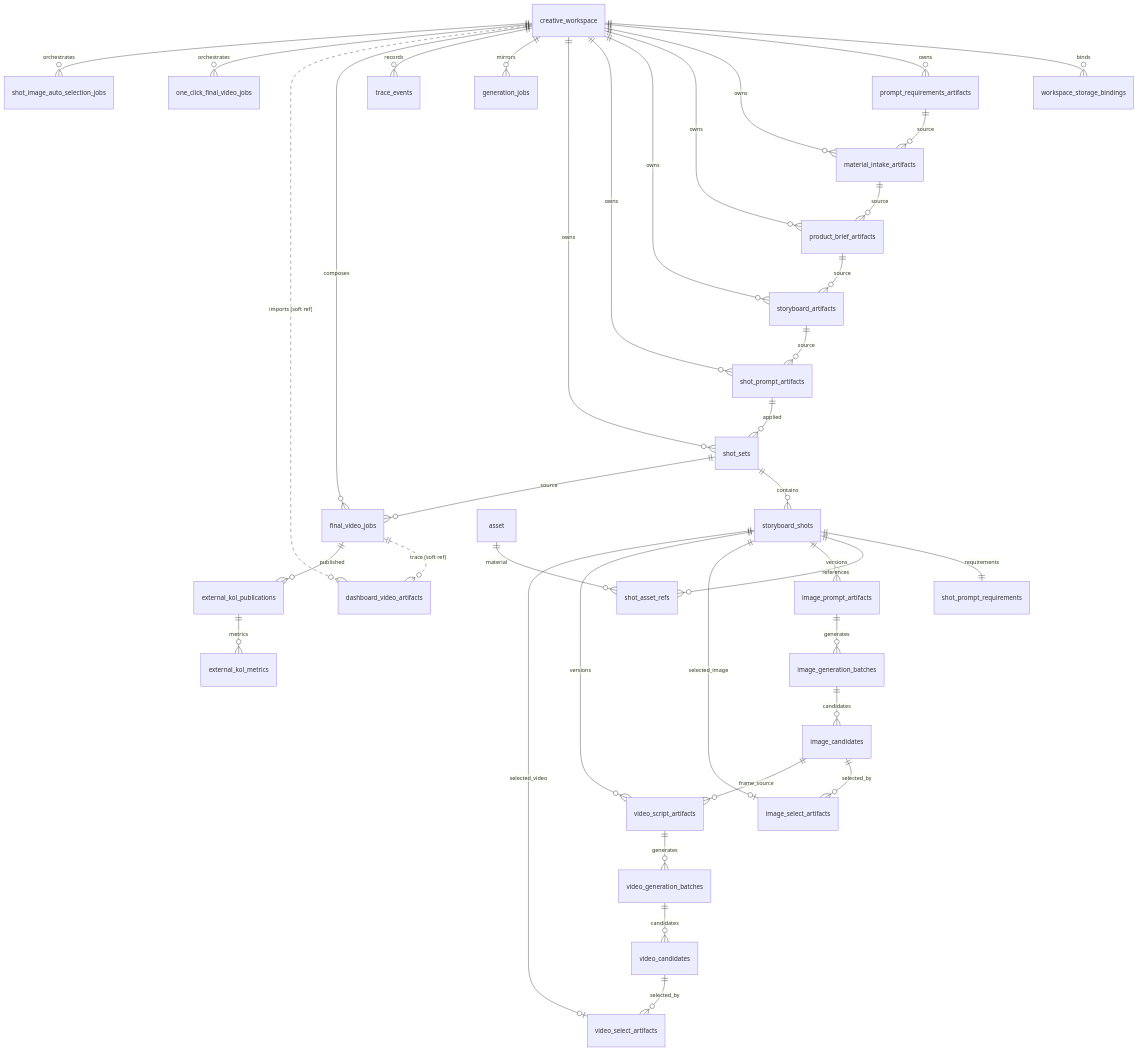
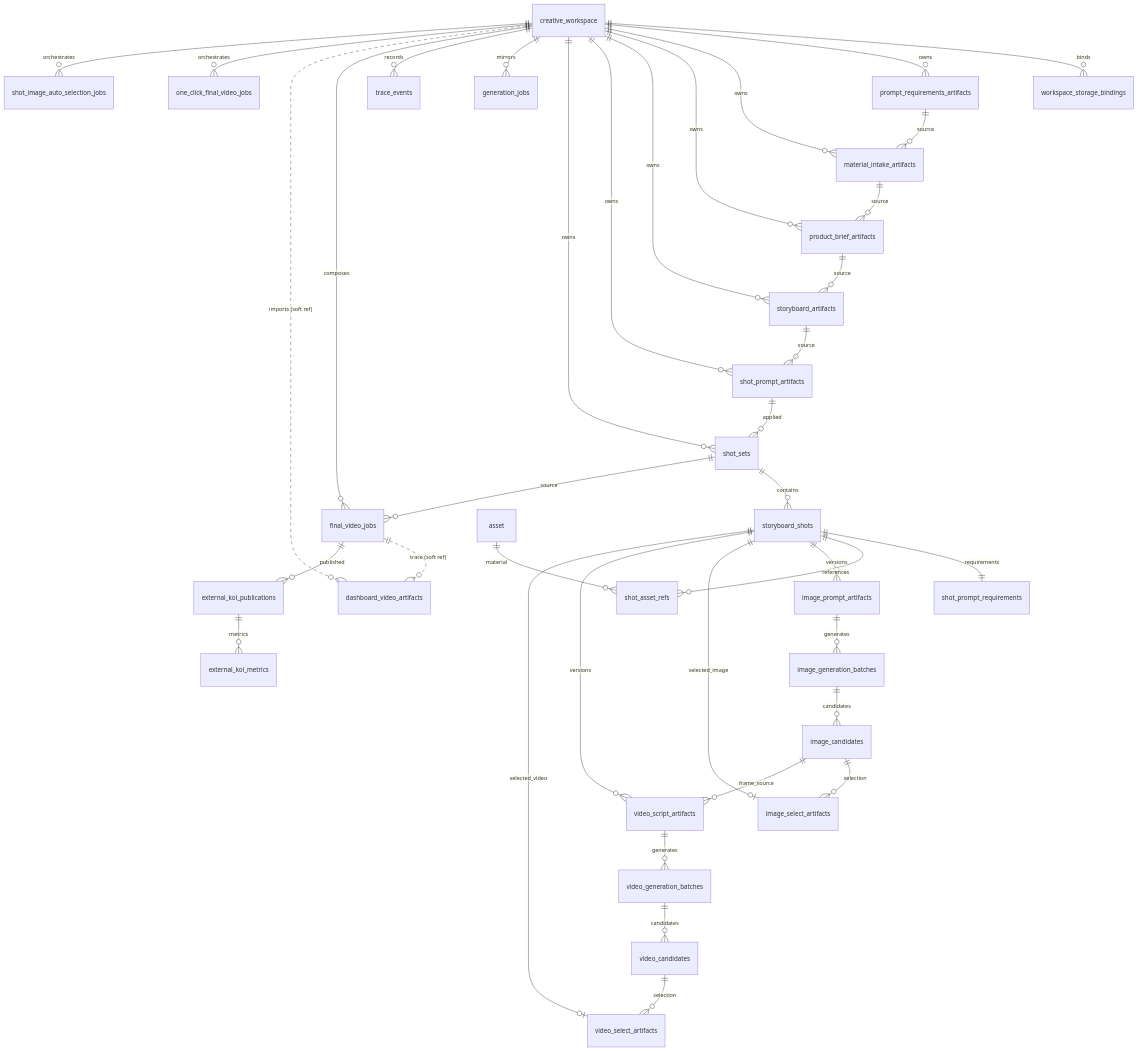
The diagram in docs/core/architecture/erd.md (Touricks/Bytedance-hackathon-AIGC), drawn with Mermaid before and after one commit. The commit also changed 44 other files, not shown here.

````diff
--- a/docs/core/architecture/erd.md
+++ b/docs/core/architecture/erd.md
@@ -21,45 +21,45 @@
 ```mermaid
 erDiagram
   creative_workspace ||--o{ workspace_storage_bindings : binds
   creative_workspace ||--o{ prompt_requirements_artifacts : owns
   creative_workspace ||--o{ material_intake_artifacts : owns
   creative_workspace ||--o{ product_brief_artifacts : owns
   creative_workspace ||--o{ storyboard_artifacts : owns
   creative_workspace ||--o{ shot_prompt_artifacts : owns
   creative_workspace ||--o{ shot_sets : owns
   creative_workspace ||--o{ generation_jobs : mirrors
   creative_workspace ||--o{ trace_events : records
   creative_workspace ||--o{ final_video_jobs : composes
   creative_workspace ||..o{ dashboard_video_artifacts : "imports (soft ref)"
   creative_workspace ||--o{ one_click_final_video_jobs : orchestrates
   creative_workspace ||--o{ shot_image_auto_selection_jobs : orchestrates
 
   prompt_requirements_artifacts ||--o{ material_intake_artifacts : source
   material_intake_artifacts ||--o{ product_brief_artifacts : source
   product_brief_artifacts ||--o{ storyboard_artifacts : source
   storyboard_artifacts ||--o{ shot_prompt_artifacts : source
   shot_prompt_artifacts ||--o{ shot_sets : applied
 
   shot_sets ||--o{ storyboard_shots : contains
   storyboard_shots ||--|| shot_prompt_requirements : requirements
   storyboard_shots ||--o{ shot_asset_refs : references
   asset ||--o{ shot_asset_refs : material
 
   storyboard_shots ||--o{ image_prompt_artifacts : versions
   image_prompt_artifacts ||--o{ image_generation_batches : generates
   image_generation_batches ||--o{ image_candidates : candidates
   storyboard_shots ||--o| image_select_artifacts : selected_image
-  image_candidates ||--o{ image_select_artifacts : selected_by
+  image_candidates ||--o{ image_select_artifacts : selection
 
   storyboard_shots ||--o{ video_script_artifacts : versions
   image_candidates ||--o{ video_script_artifacts : frame_source
   video_script_artifacts ||--o{ video_generation_batches : generates
   video_generation_batches ||--o{ video_candidates : candidates
   storyboard_shots ||--o| video_select_artifacts : selected_video
-  video_candidates ||--o{ video_select_artifacts : selected_by
+  video_candidates ||--o{ video_select_artifacts : selection
 
   shot_sets ||--o{ final_video_jobs : source
   final_video_jobs ||..o{ dashboard_video_artifacts : "trace (soft ref)"
   final_video_jobs ||--o{ external_kol_publications : published
   external_kol_publications ||--o{ external_kol_metrics : metrics
 ```
````
